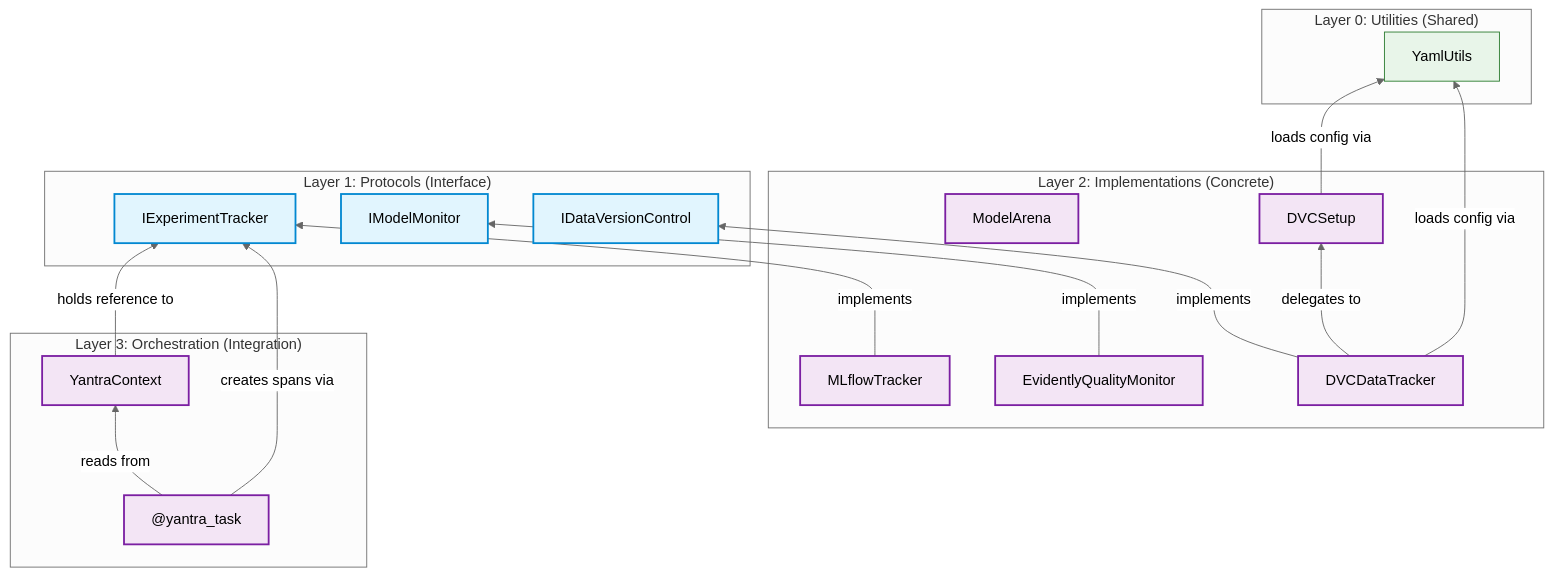
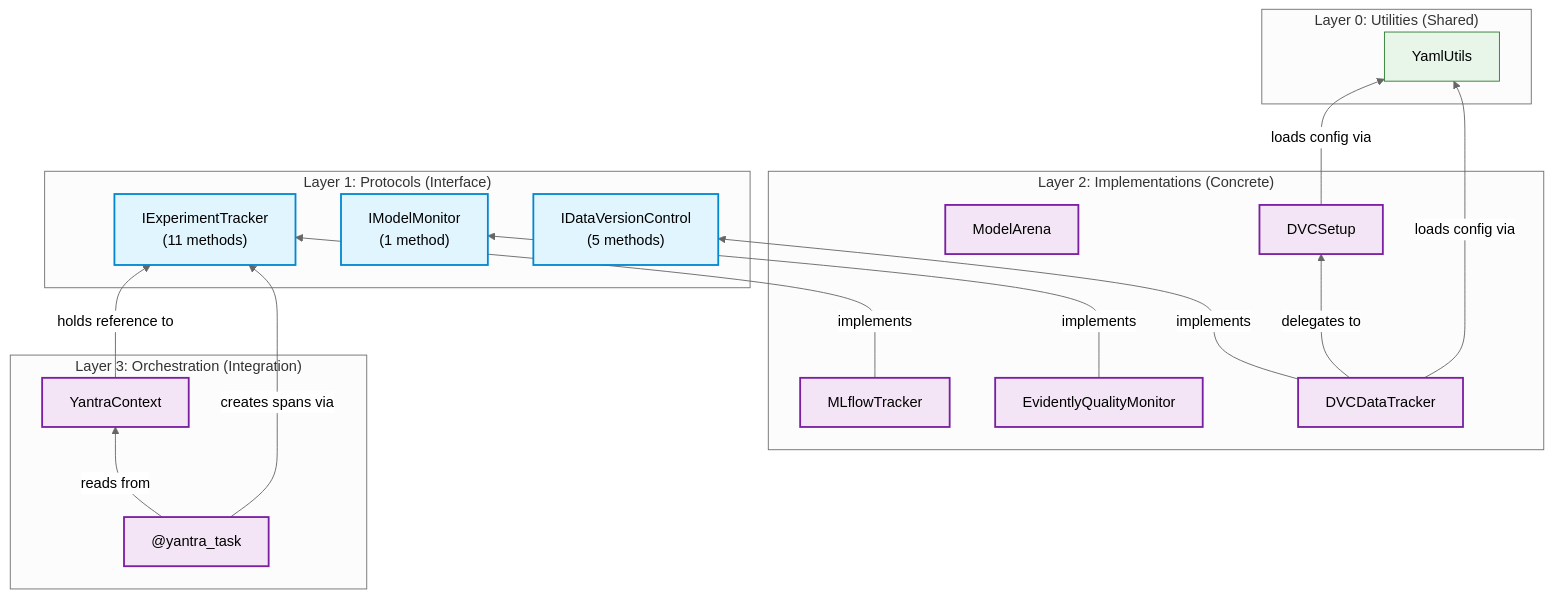
One commit to NikhilVijayakumar/Yantra changed the first of 2 diagrams in docs/paper/cross_module/dependencies.md. Above: the diagram before and after it, drawn with Mermaid. The commit also changed other lines of this file and 24 other files, not shown here.

````diff
--- a/docs/paper/cross_module/dependencies.md
+++ b/docs/paper/cross_module/dependencies.md
@@ -5,44 +5,44 @@
 ```mermaid
 ---
 config:
   theme: neutral
 ---
 flowchart BT
     classDef protocol fill:#e1f5fe,stroke:#0288d1,stroke-width:2px
     classDef impl fill:#f3e5f5,stroke:#7b1fa2,stroke-width:2px
     classDef ext fill:#fce4ec,stroke:#c62828,stroke-width:1px
     classDef util fill:#e8f5e9,stroke:#2e7d32,stroke-width:1px
 
     subgraph "Layer 1: Protocols (Interface)"
-        IET["IExperimentTracker"]:::protocol
-        IMM["IModelMonitor"]:::protocol
-        IDVC["IDataVersionControl"]:::protocol
+        IET["IExperimentTracker\n(11 methods)"]:::protocol
+        IMM["IModelMonitor\n(1 method)"]:::protocol
+        IDVC["IDataVersionControl\n(5 methods)"]:::protocol
     end
 
     subgraph "Layer 2: Implementations (Concrete)"
         MLF["MLflowTracker"]:::impl
         ARENA["ModelArena"]:::impl
         EQM["EvidentlyQualityMonitor"]:::impl
         DVCS["DVCSetup"]:::impl
         DVCT["DVCDataTracker"]:::impl
     end
 
     subgraph "Layer 3: Orchestration (Integration)"
         CTX["YantraContext"]:::impl
         YT["@yantra_task"]:::impl
     end
 
     subgraph "Layer 0: Utilities (Shared)"
         YAML["YamlUtils"]:::util
     end
 
     MLF -->|implements| IET
     EQM -->|implements| IMM
     DVCT -->|implements| IDVC
     DVCT -->|delegates to| DVCS
     CTX -->|holds reference to| IET
     YT -->|reads from| CTX
     YT -->|creates spans via| IET
     DVCS -->|loads config via| YAML
     DVCT -->|loads config via| YAML
 ```
````
